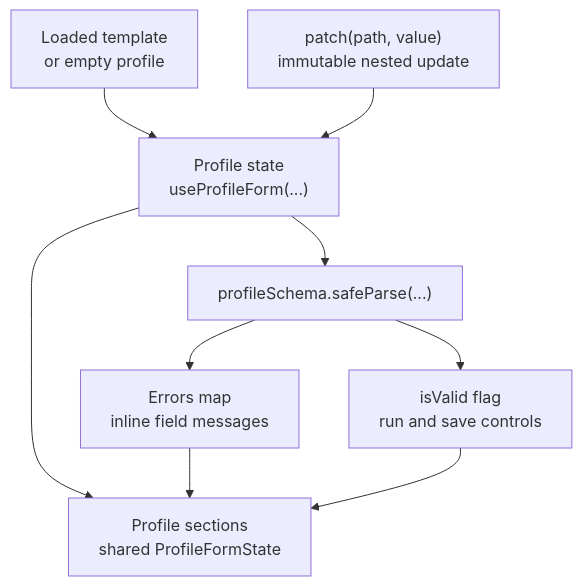
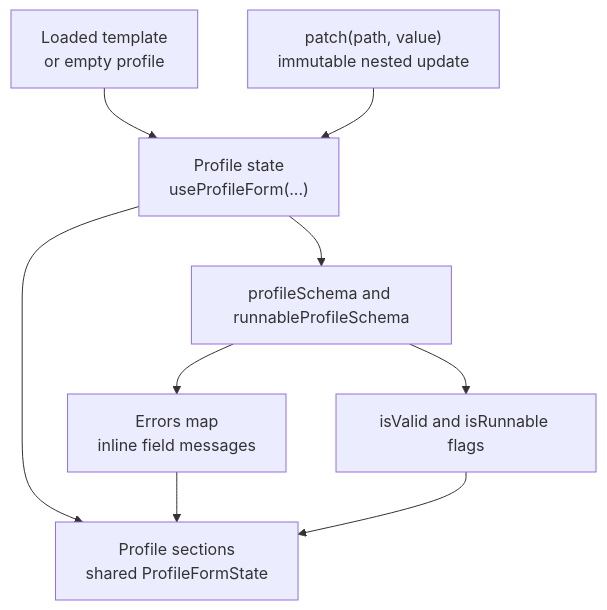
Before and after one commit to massimopiazza/webcalyzer: the diagram in docs/internal/web-frontend.md, drawn with Mermaid. The commit also changed other lines of this file and 49 other files, not shown here.

````diff
--- a/docs/internal/web-frontend.md
+++ b/docs/internal/web-frontend.md
@@ -30,19 +30,19 @@
 ```mermaid
 flowchart TD
   initial["Loaded template<br/>or empty profile"]
   state["Profile state<br/>useProfileForm(...)"]
   patch["patch(path, value)<br/>immutable nested update"]
-  validate["profileSchema.safeParse(...)"]
+  validate["profileSchema and runnableProfileSchema"]
   errors["Errors map<br/>inline field messages"]
-  valid["isValid flag<br/>run and save controls"]
+  valid["isValid and isRunnable flags"]
   sections["Profile sections<br/>shared ProfileFormState"]
 
   initial --> state
   patch --> state
   state --> validate
   validate --> errors
   validate --> valid
   state --> sections
   errors --> sections
   valid --> sections
 ```
````
